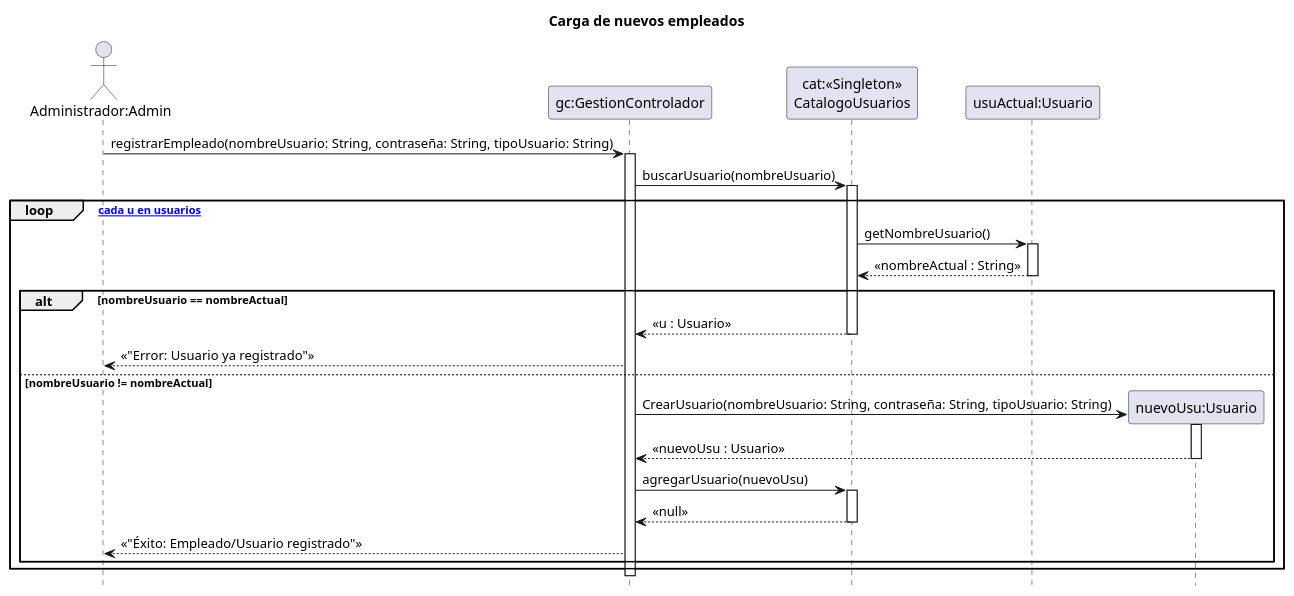
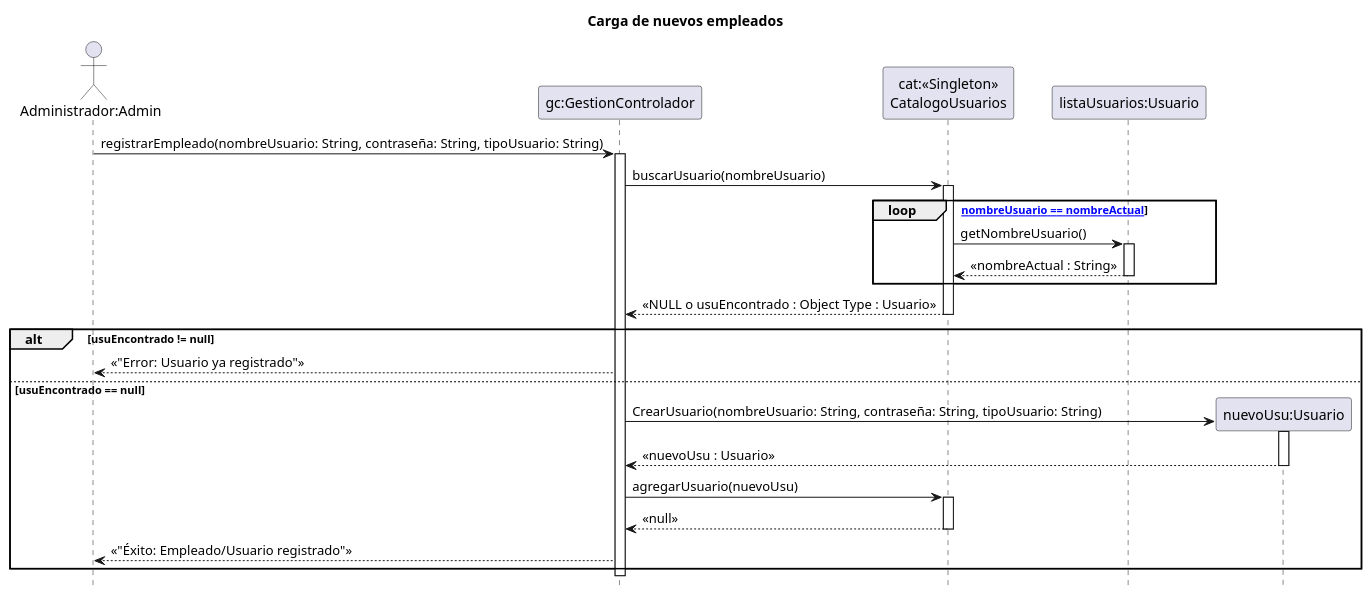
One commit to zEzequR/PF-I changed the diagram in 08 - Diagramas de Secuencia de Diseño/CargaEmpleados/CargaEmpleados.puml. Above: the diagram before and after it, drawn with PlantUML. The commit also changed 15 other files, not shown here.

```diff
--- a/08 - Diagramas de Secuencia de Diseño/CargaEmpleados/CargaEmpleados.puml
+++ b/08 - Diagramas de Secuencia de Diseño/CargaEmpleados/CargaEmpleados.puml
@@ -1,47 +1,49 @@
 @startuml
 title Carga de nuevos empleados
 
 hide footbox
 
 actor "Administrador:Admin" as admin
 participant "gc:GestionControlador" as ctrl
 participant "cat:<<Singleton>>\nCatalogoUsuarios" as cat
-participant "usuActual:Usuario" as usu_actual
+participant "listaUsuarios:Usuario" as usu_actual
 
 admin -> ctrl : registrarEmpleado(nombreUsuario: String, contraseña: String, tipoUsuario: String)
 activate ctrl
 
 ctrl -> cat : buscarUsuario(nombreUsuario)
 activate cat
 
-loop [para cada u en usuarios]
+loop [hasta nombreUsuario == nombreActual]]
     cat -> usu_actual : getNombreUsuario()
     activate usu_actual
     usu_actual --> cat : << nombreActual : String >>
     deactivate usu_actual
+end
+
+cat --> ctrl : << NULL o usuEncontrado : Object Type : Usuario >>
+deactivate cat
     
-    alt nombreUsuario == nombreActual
-        cat --> ctrl : << u : Usuario >>
+    alt usuEncontrado != null
         deactivate cat
         ctrl --> admin : << "Error: Usuario ya registrado" >>
 
-    else nombreUsuario != nombreActual
+    else usuEncontrado == null
         deactivate cat
         
         create participant "nuevoUsu:Usuario" as nuevo_usu
         ctrl -> nuevo_usu : CrearUsuario(nombreUsuario: String, contraseña: String, tipoUsuario: String)
         activate nuevo_usu
         nuevo_usu --> ctrl : << nuevoUsu : Usuario >>
         deactivate nuevo_usu
 
         ctrl -> cat : agregarUsuario(nuevoUsu)
         activate cat
         cat --> ctrl : << null >>
         deactivate cat
         
         ctrl --> admin : << "Éxito: Empleado/Usuario registrado" >>
     end
-end
-
+    
 deactivate ctrl
 @enduml
```
